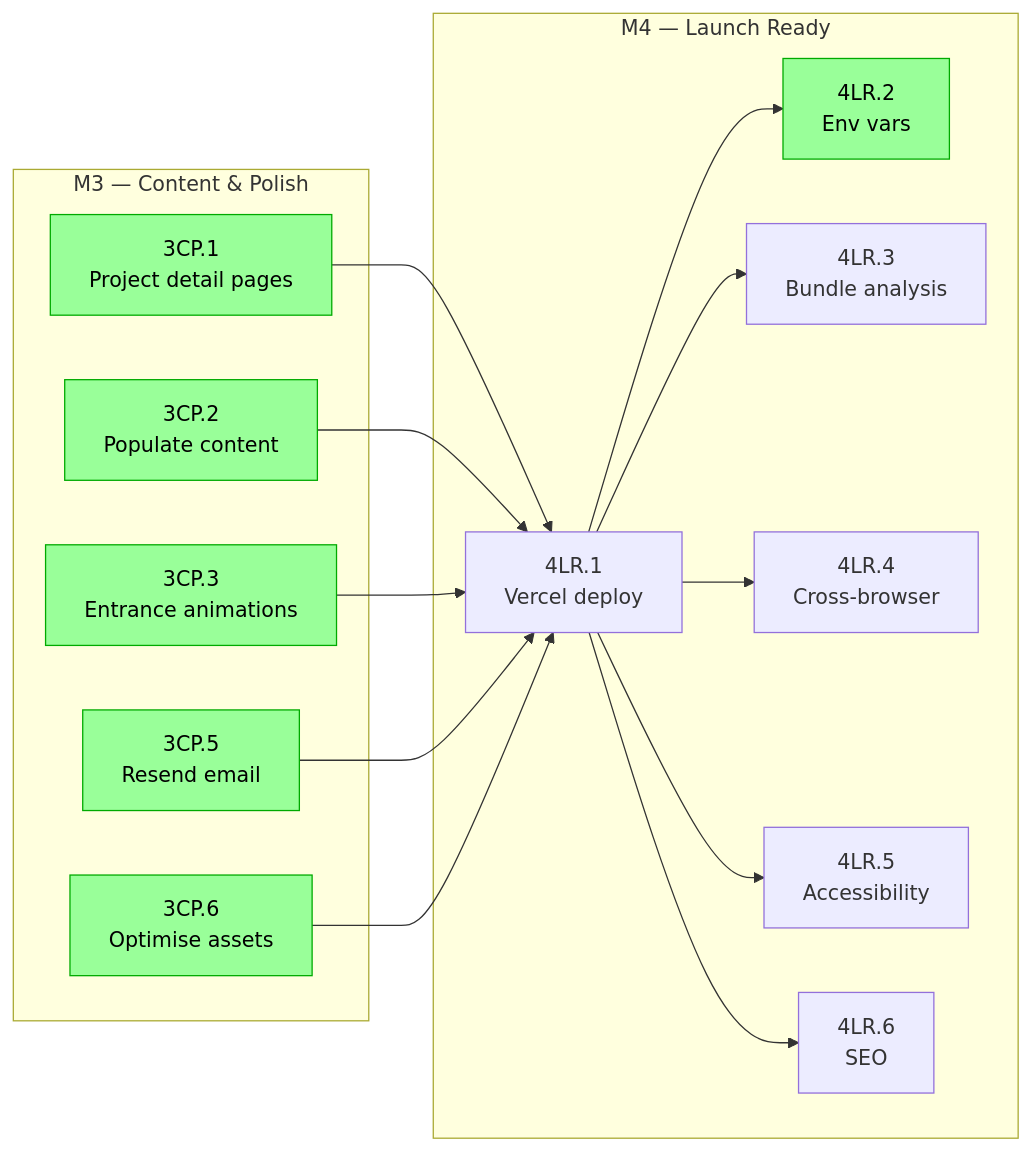
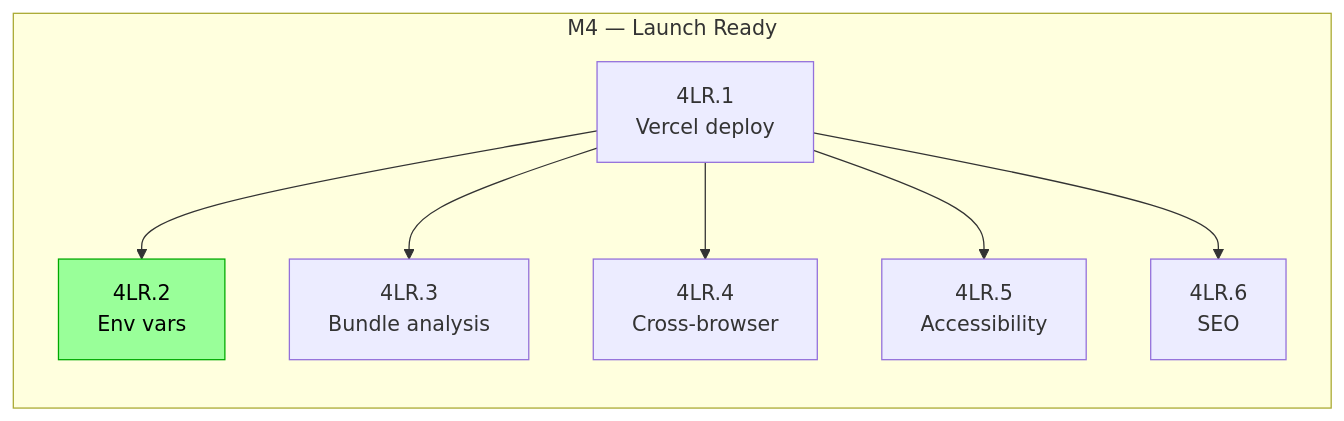
Before and after one commit to Oggie112/Portfolio: the diagram in docs/roadmaps/mvp.md, drawn with Mermaid. The commit also changed other lines of this file and 14 other files, not shown here.

First line of the commit message:
feat(portfolio): complete M3 polish — contact, animations, and content

````diff
--- a/docs/roadmaps/mvp.md
+++ b/docs/roadmaps/mvp.md
@@ -107,26 +105,17 @@
 ```mermaid
 graph LR
-  subgraph M3["M3 — Content & Polish"]
-    3CP.1["3CP.1\nProject detail pages"]:::open
-    3CP.2["3CP.2\nPopulate content"]:::open
-    3CP.3["3CP.3\nEntrance animations"]:::open
-    3CP.5["3CP.5\nResend email"]:::open
-    3CP.6["3CP.6\nOptimise assets"]:::open
-  end
-
   subgraph M4["M4 — Launch Ready"]
     4LR.1["4LR.1\nVercel deploy"]
     4LR.2["4LR.2\nEnv vars"]:::open
     4LR.3["4LR.3\nBundle analysis"]
     4LR.4["4LR.4\nCross-browser"]
     4LR.5["4LR.5\nAccessibility"]
     4LR.6["4LR.6\nSEO"]
   end
 
-  3CP.1 & 3CP.2 & 3CP.3 & 3CP.5 & 3CP.6 --> 4LR.1
   4LR.1 --> 4LR.2 & 4LR.3 & 4LR.4 & 4LR.5 & 4LR.6
 
   classDef blocked fill:#f9f,stroke:#c0c,color:#000
   classDef open fill:#9f9,stroke:#0a0,color:#000
   classDef done fill:#ccc,stroke:#999,color:#555
 ```
````
